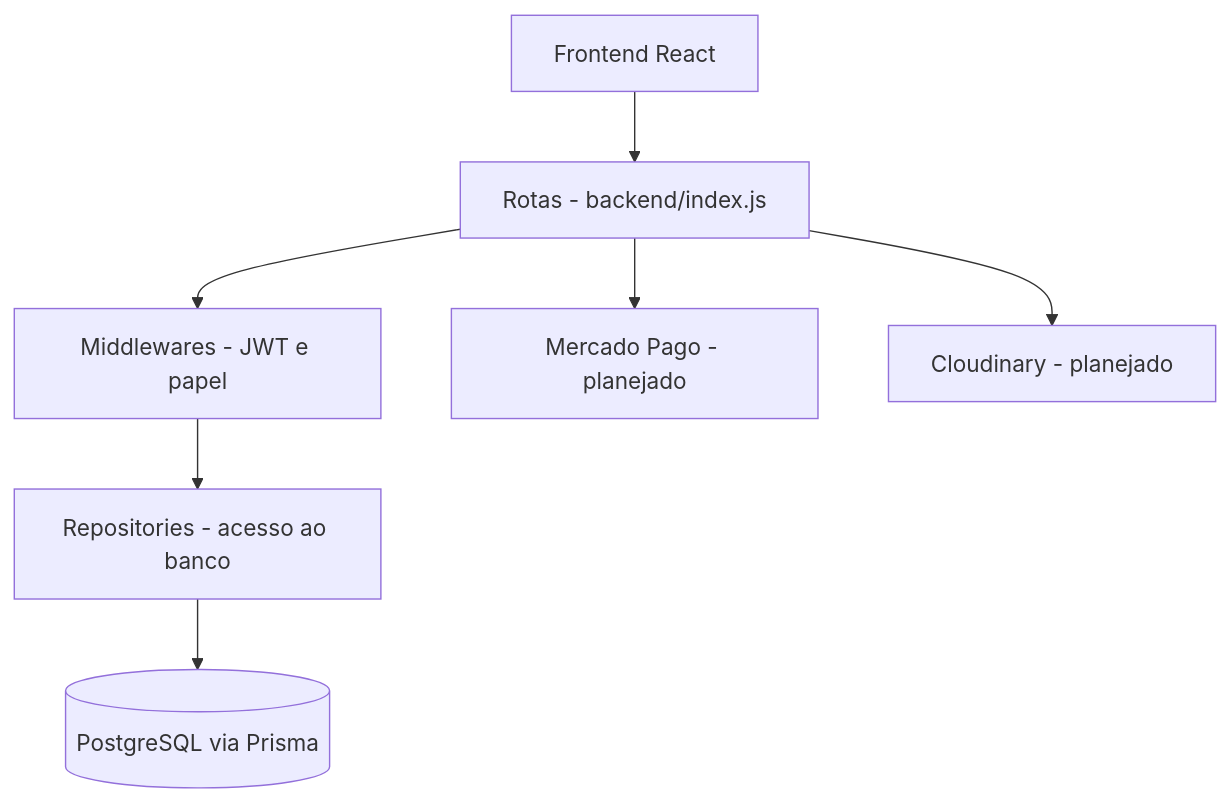
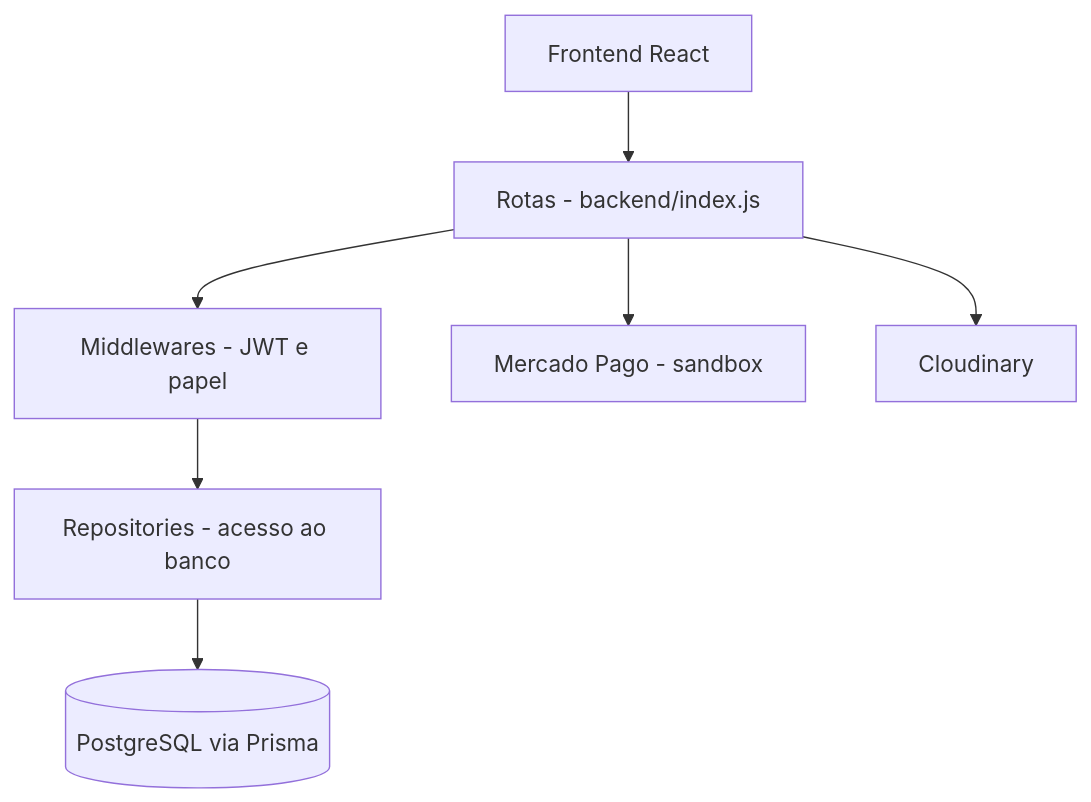
One commit to Jaqueline-BCO-97/Gestao-de-Obras changed the second of 3 diagrams in README.md. Above: the diagram before and after it, drawn with Mermaid. The commit also changed other lines of this file and 18 other files, not shown here.

````diff
--- a/README.md
+++ b/README.md
@@ -158,9 +149,9 @@
 ```mermaid
 flowchart TD
     UI[Frontend React] --> Routes[Rotas - backend/index.js]
     Routes --> Middlewares[Middlewares - JWT e papel]
     Middlewares --> Repo[Repositories - acesso ao banco]
     Repo --> Data[(PostgreSQL via Prisma)]
-    Routes --> Payment[Mercado Pago - planejado]
-    Routes --> Storage[Cloudinary - planejado]
+    Routes --> Payment[Mercado Pago - sandbox]
+    Routes --> Storage[Cloudinary]
 ```
````
